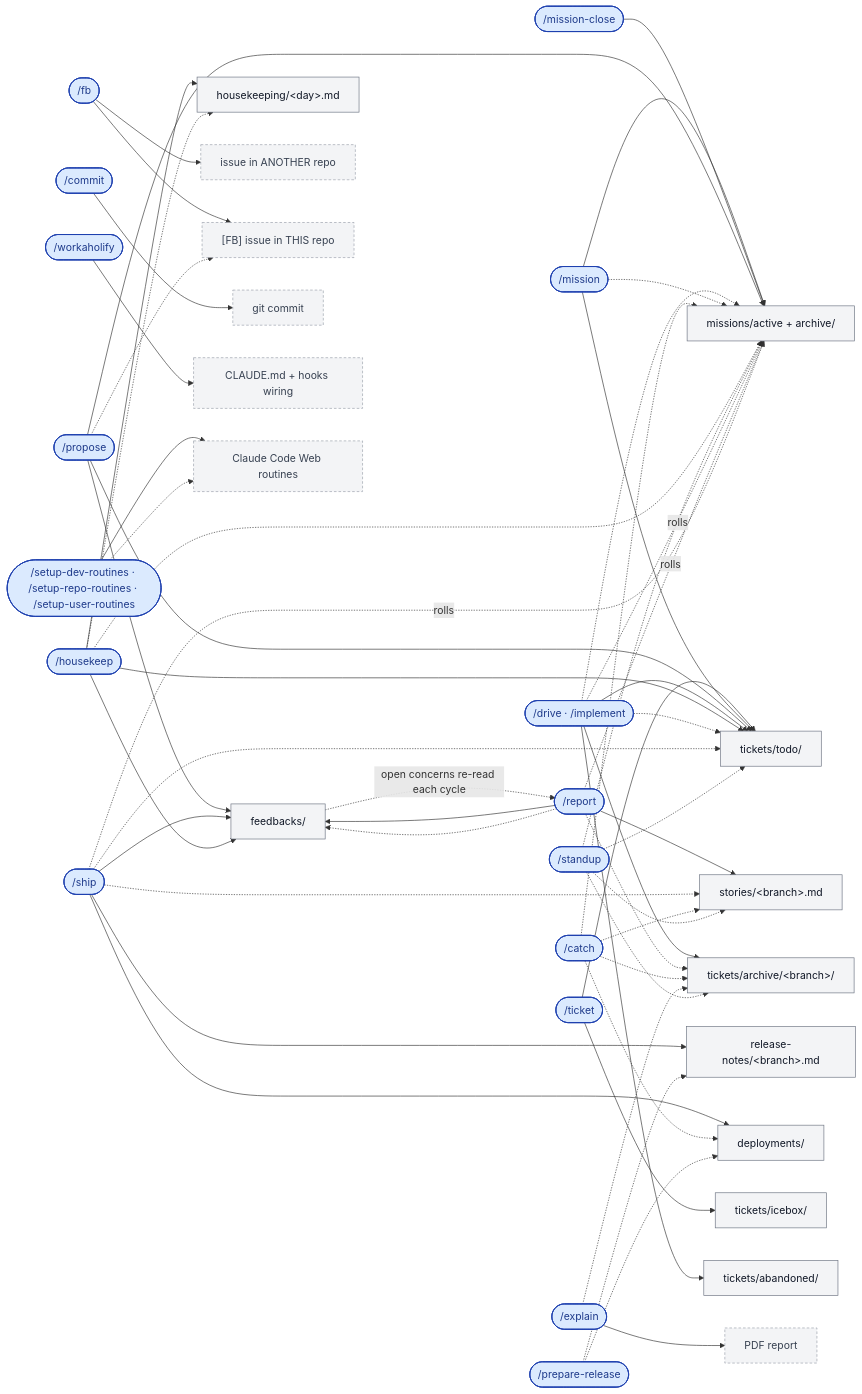
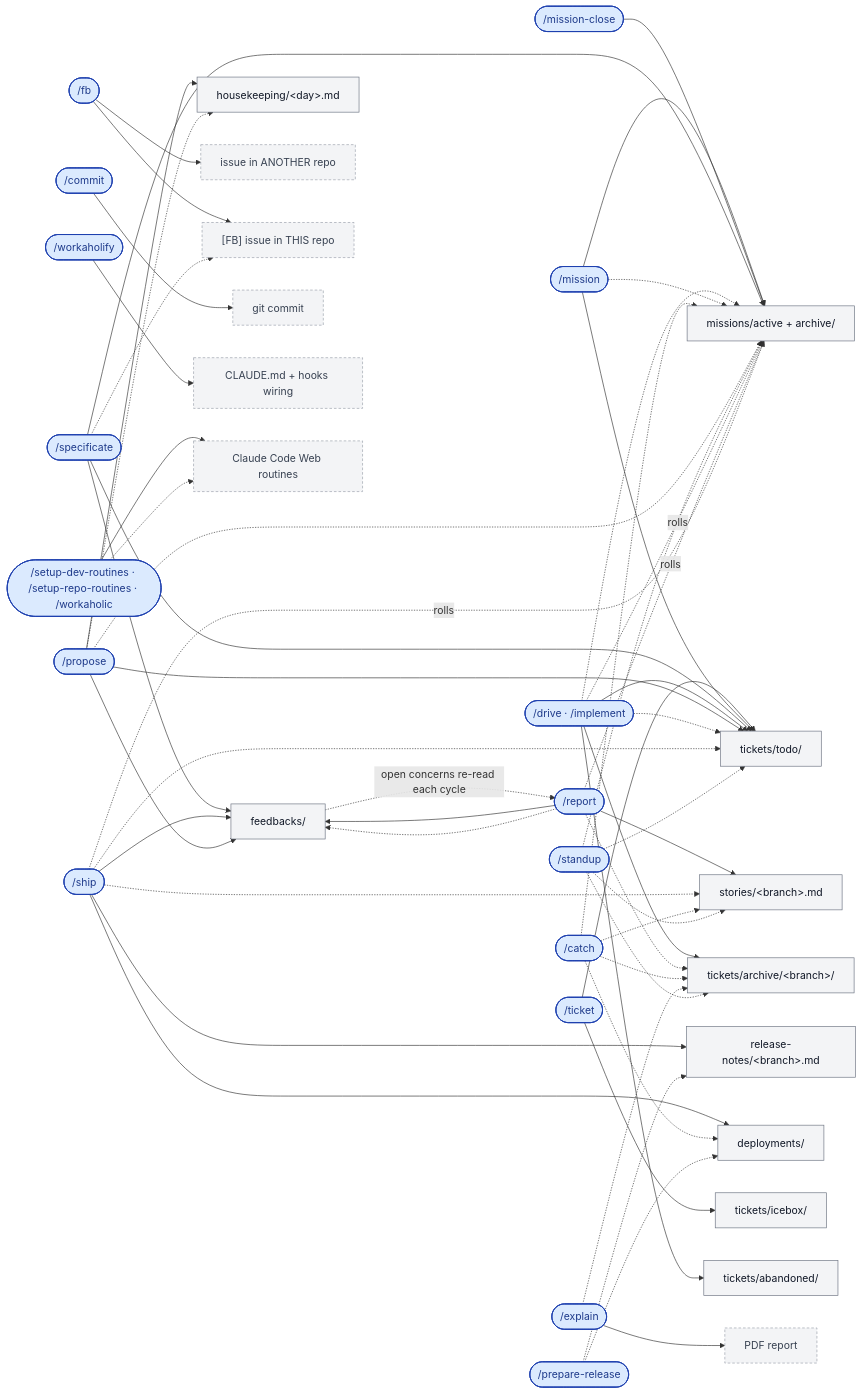
One commit to qmu/workaholic changed the fourth of 5 diagrams in README.md. Above: the diagram before and after it, drawn with Mermaid. The commit also changed other lines of this file and 198 other files, not shown here.

````diff
--- a/README.md
+++ b/README.md
@@ -309,7 +309,7 @@
   ticket(["/ticket"])
   mission(["/mission"])
   missionclose(["/mission-close"])
-  propose(["/propose"])
+  specificate(["/specificate"])
   feedback(["/fb"])
   drive(["/drive · /implement"])
   report(["/report"])
@@ -318,10 +318,10 @@
   commit(["/commit"])
   explain(["/explain"])
   workaholify(["/workaholify"])
-  setuproutines(["/setup-dev-routines · /setup-repo-routines · /setup-user-routines"])
+  setuproutines(["/setup-dev-routines · /setup-repo-routines · /workaholic"])
   releasestatus(["/prepare-release"])
   standup(["/standup"])
-  housekeep(["/housekeep"])
+  propose(["/propose"])
 
   %% ---------- artifacts under .workaholic/ (grey) ----------
   TODO["tickets/todo/"]
@@ -351,9 +351,9 @@
   mission --> MIS
   mission --> TODO
   missionclose --> MIS
-  propose --> MIS
-  propose --> TODO
-  propose --> FBK
+  specificate --> MIS
+  specificate --> TODO
+  specificate --> FBK
   drive --> ARCH
   drive --> ABD
   drive --> TODO
@@ -362,9 +362,9 @@
   ship --> REL
   ship --> FBK
   ship --> DEP
-  housekeep --> HK
-  housekeep --> FBK
-  housekeep --> TODO
+  propose --> HK
+  propose --> FBK
+  propose --> TODO
   commit --> WT
   explain --> PDF
   workaholify --> CFG
@@ -373,7 +373,7 @@
   %% ========== reference: dashed arrow = reads / refers ==========
   drive -.-> TODO
   drive -.-> MIS
-  propose -.-> OWN
+  specificate -.-> OWN
   report -.-> ARCH
   report -.-> FBK
   ship -.-> STORY
@@ -385,8 +385,8 @@
   catch -.-> DEP
   explain -.-> ARCH
   setuproutines -.-> ROUT
-  housekeep -.-> MIS
-  housekeep -.-> HK
+  propose -.-> MIS
+  propose -.-> HK
   releasestatus -.-> DEP
   releasestatus -.-> REL
   standup -.-> TODO
@@ -406,7 +406,7 @@
   classDef cmd fill:#dbeafe,stroke:#1e40af,stroke-width:1.5px,color:#1e3a8a;
   classDef art fill:#f3f4f6,stroke:#6b7280,color:#111827;
   classDef ext fill:#f3f4f6,stroke:#9aa0aa,stroke-dasharray:4 3,color:#374151;
-  class ticket,mission,missionclose,propose,feedback,drive,report,ship,releasestatus,standup,housekeep,catch,commit,explain,workaholify,setuproutines cmd;
+  class ticket,mission,missionclose,specificate,feedback,drive,report,ship,releasestatus,standup,propose,catch,commit,explain,workaholify,setuproutines cmd;
   class TODO,ICE,ARCH,ABD,MIS,STORY,FBK,REL,DEP,HK art;
   class EXT,OWN,PDF,WT,CFG,ROUT ext;
 ```
````
